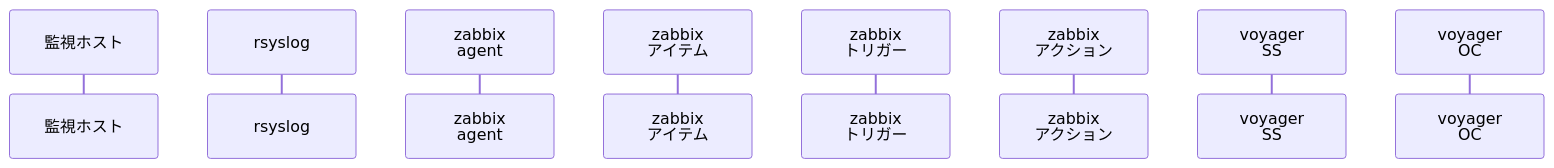
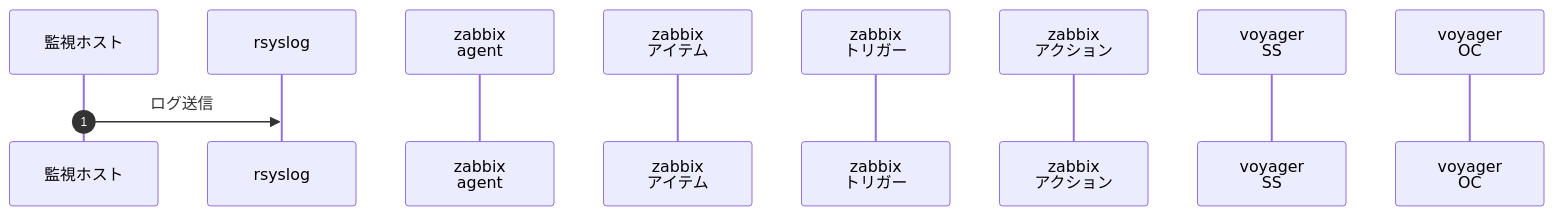
One commit to panda-git-hub/handbook changed the second of 2 diagrams in README.md. Above: the diagram before and after it, drawn with Mermaid.

````diff
--- a/README.md
+++ b/README.md
@@ -21,12 +21,13 @@
 ```mermaid
 sequenceDiagram
   autonumber
   participant A as 監視ホスト
   participant B as rsyslog
   participant C as zabbix<br>agent
   participant D as zabbix<br>アイテム
   participant E as zabbix<br>トリガー
   participant F as zabbix<br>アクション
   participant G as voyager<br>SS
   participant H as voyager<br>OC
+  A->>B: ログ送信
 ```
````
